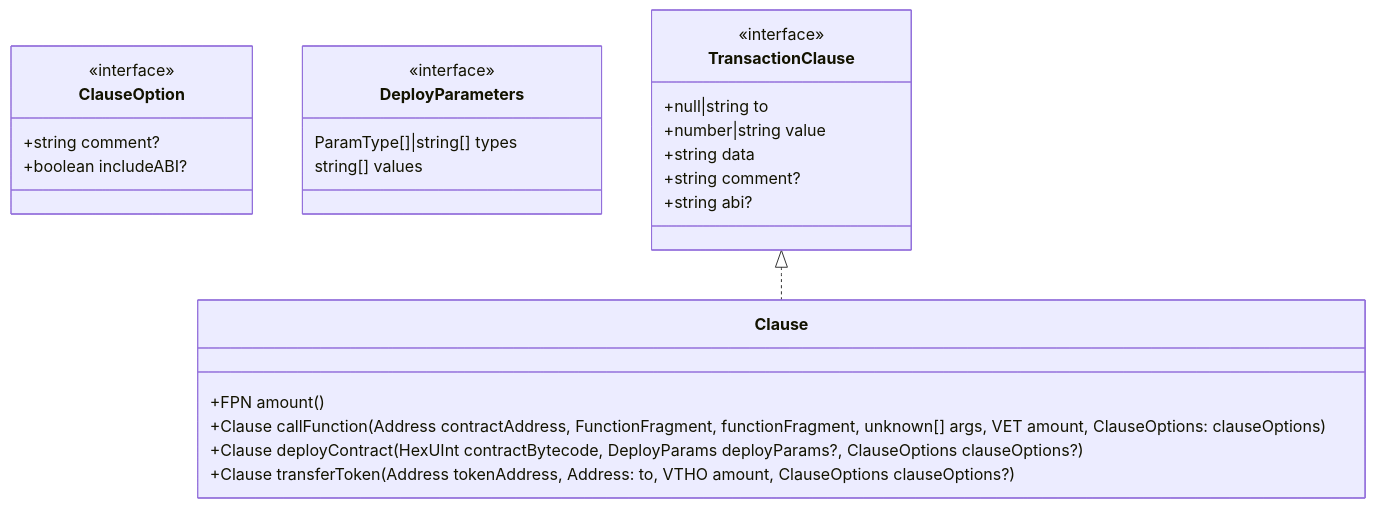
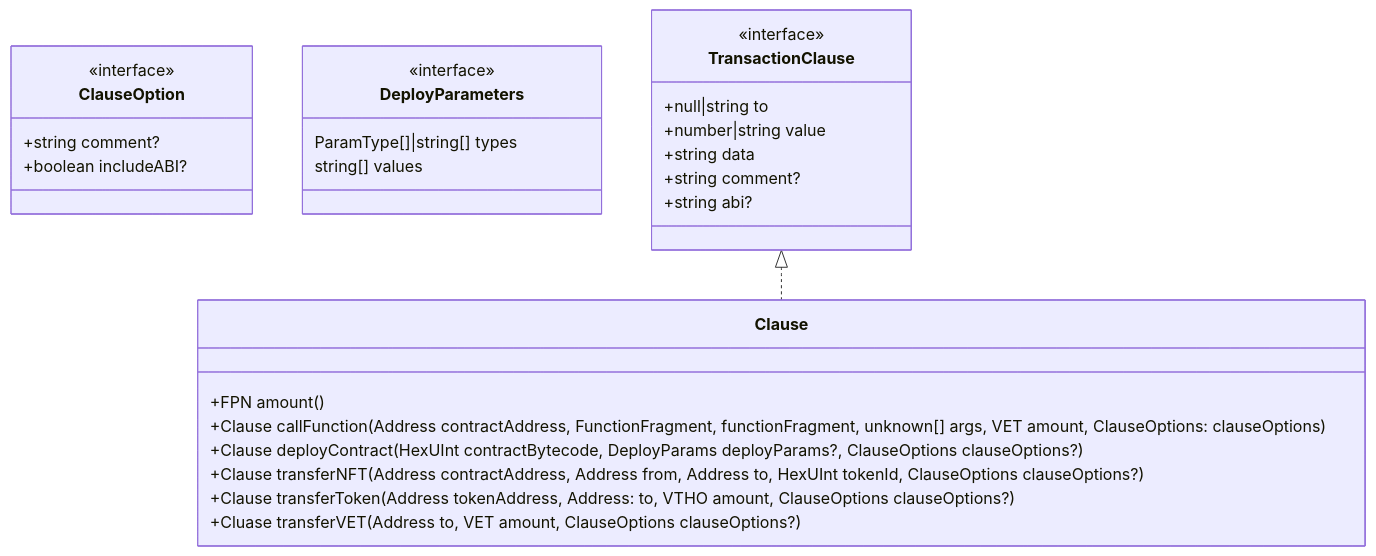
Before and after one commit to vechain/vechain-sdk-js: the diagram in docs/diagrams/architecture/clause.md, drawn with Mermaid. The commit also changed 2 other files, not shown here.

Commit message:
feat: 1291 Clause class in dev...

````diff
--- a/docs/diagrams/architecture/clause.md
+++ b/docs/diagrams/architecture/clause.md
@@ -1,28 +1,30 @@
 ```mermaid
 classDiagram
     class Clause {
         +FPN amount()
         +Clause callFunction(Address contractAddress, FunctionFragment, functionFragment, unknown[] args, VET amount, ClauseOptions: clauseOptions)
         +Clause deployContract(HexUInt contractBytecode, DeployParams deployParams?, ClauseOptions clauseOptions?)
+        +Clause transferNFT(Address contractAddress, Address from, Address to, HexUInt tokenId, ClauseOptions clauseOptions?)
         +Clause transferToken(Address tokenAddress, Address: to, VTHO amount, ClauseOptions clauseOptions?)
+        +Cluase transferVET(Address to, VET amount, ClauseOptions clauseOptions?)
     }
     class ClauseOption{
         <<interface>>
         +string comment?
         +boolean includeABI?
     }
     class DeployParameters {
         <<interface>>
         ParamType[]|string[] types
         string[] values
     }
     class TransactionClause {
         <<interface>>
         +null|string to
         +number|string value
         +string data
         +string comment?
         +string abi?
     }
     TransactionClause <|.. Clause
 ```
````
